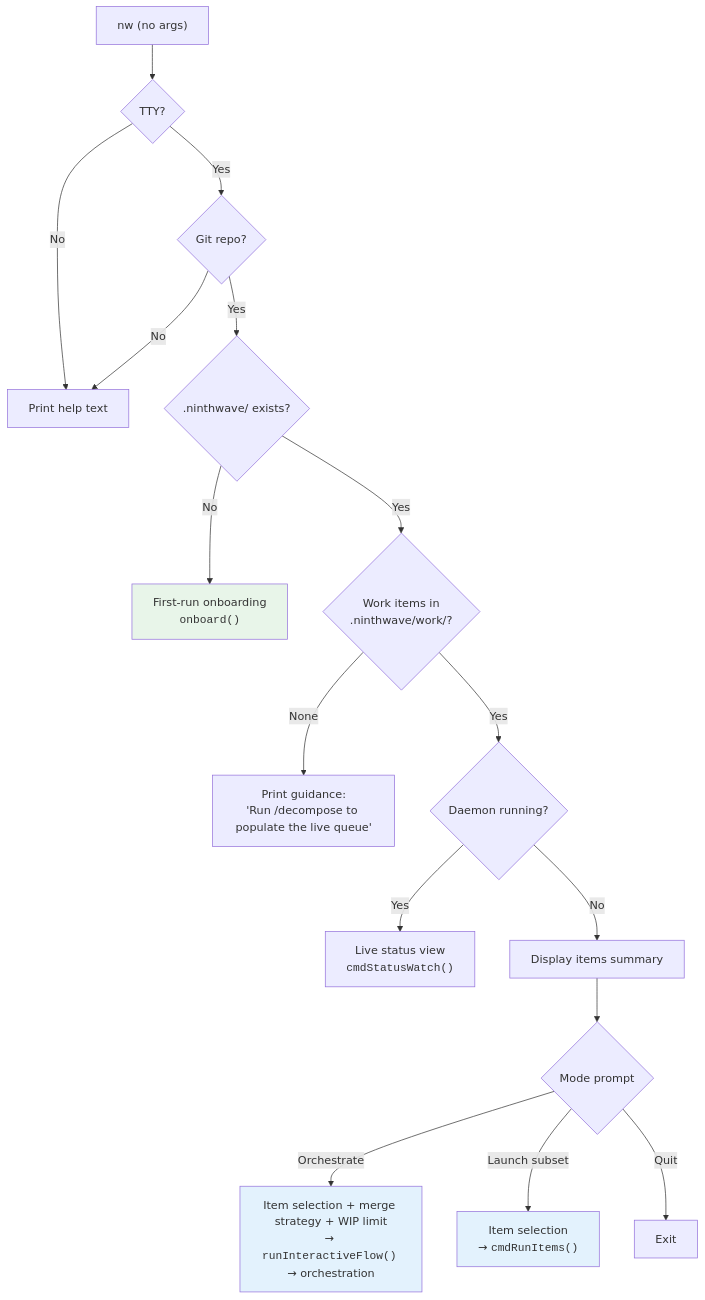
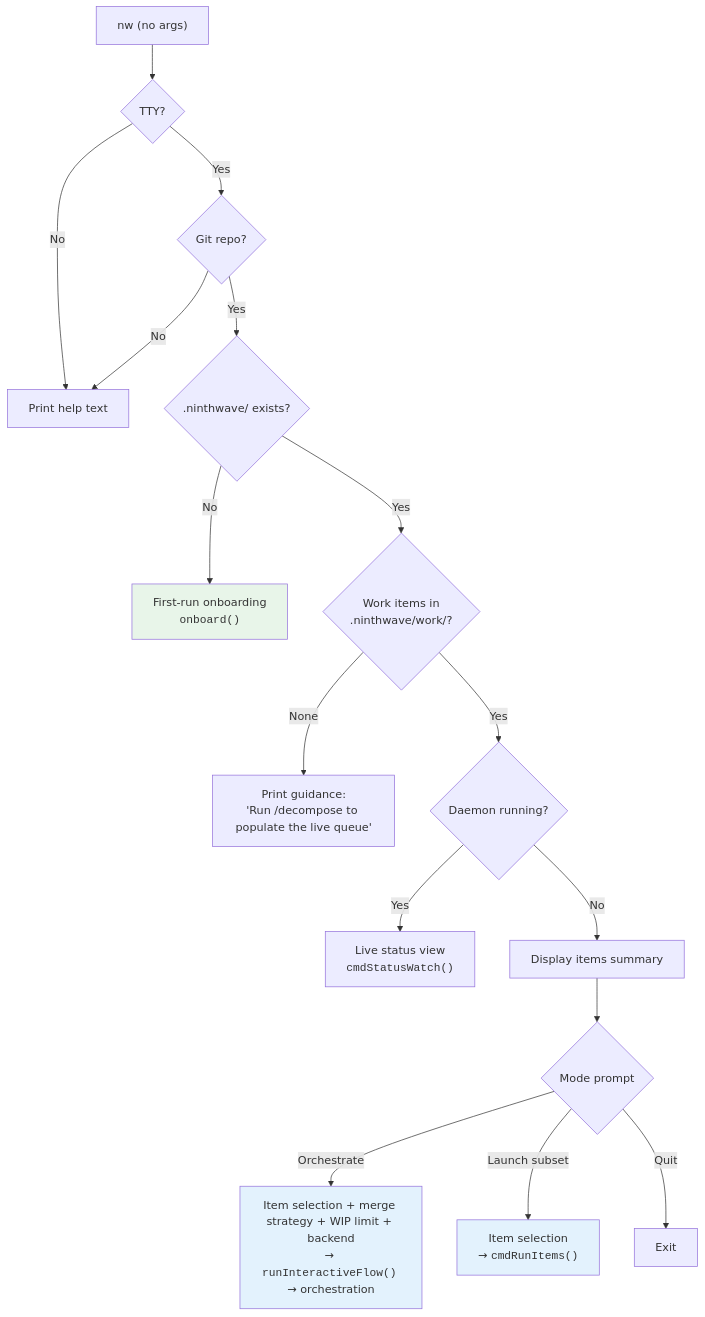
The first of 4 diagrams in docs/onboarding.md (roblambell/ninthwave), drawn with Mermaid before and after one commit. The commit also changed other lines of this file and 4 other files, not shown here.

First line of the commit message:
docs: refresh backend selection docs (L-BES-6) (#537)

````diff
--- a/docs/onboarding.md
+++ b/docs/onboarding.md
@@ -25,22 +25,22 @@
 ```mermaid
 flowchart TD
     A["nw (no args)"] --> B{TTY?}
     B -->|No| C[Print help text]
     B -->|Yes| D{Git repo?}
     D -->|No| C
     D -->|Yes| E{".ninthwave/ exists?"}
     E -->|No| F["First-run onboarding<br/><code>onboard()</code>"]
     E -->|Yes| G{Work items in<br/>.ninthwave/work/?}
     G -->|None| H["Print guidance:<br/>'Run /decompose to populate the live queue'"]
     G -->|Yes| I{Daemon running?}
     I -->|Yes| J["Live status view<br/><code>cmdStatusWatch()</code>"]
     I -->|No| K[Display items summary]
     K --> L{Mode prompt}
-    L -->|Orchestrate| M["Item selection + merge strategy + WIP limit<br/>→ <code>runInteractiveFlow()</code> → orchestration"]
+    L -->|Orchestrate| M["Item selection + merge strategy + WIP limit + backend<br/>→ <code>runInteractiveFlow()</code> → orchestration"]
     L -->|Launch subset| N["Item selection<br/>→ <code>cmdRunItems()</code>"]
     L -->|Quit| O[Exit]
 
     style F fill:#e8f5e9
     style M fill:#e3f2fd
     style N fill:#e3f2fd
 ```
````
